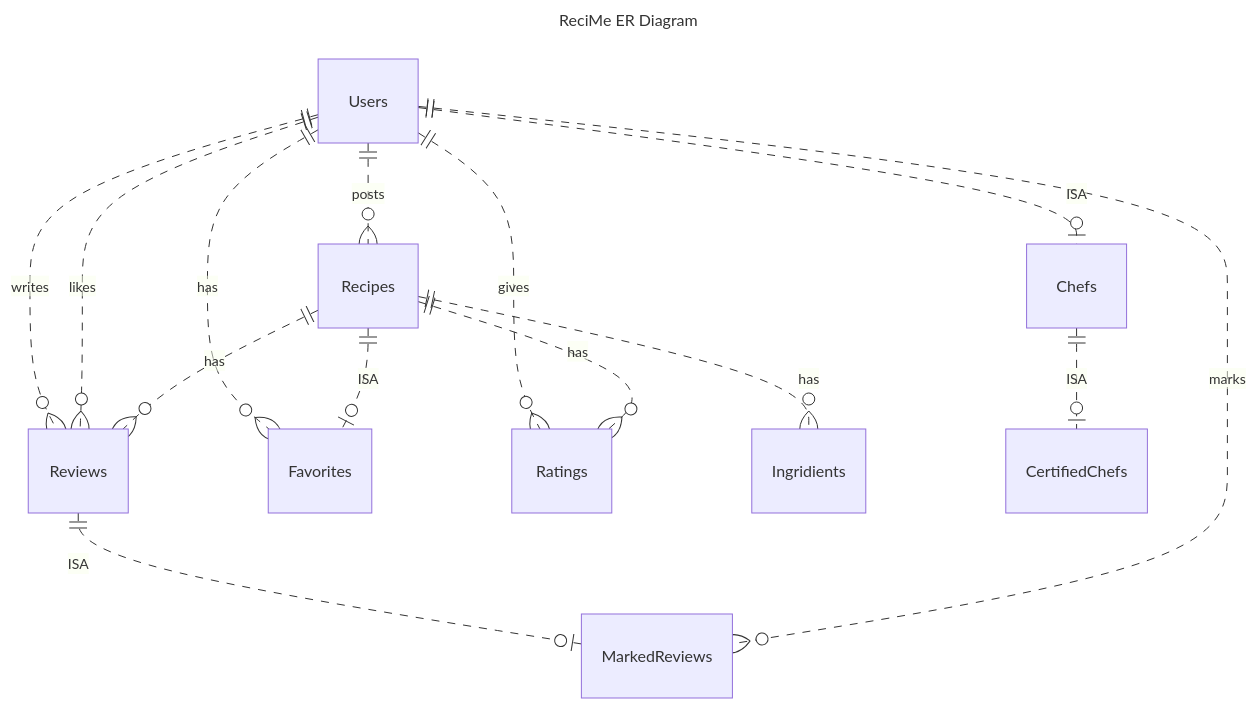
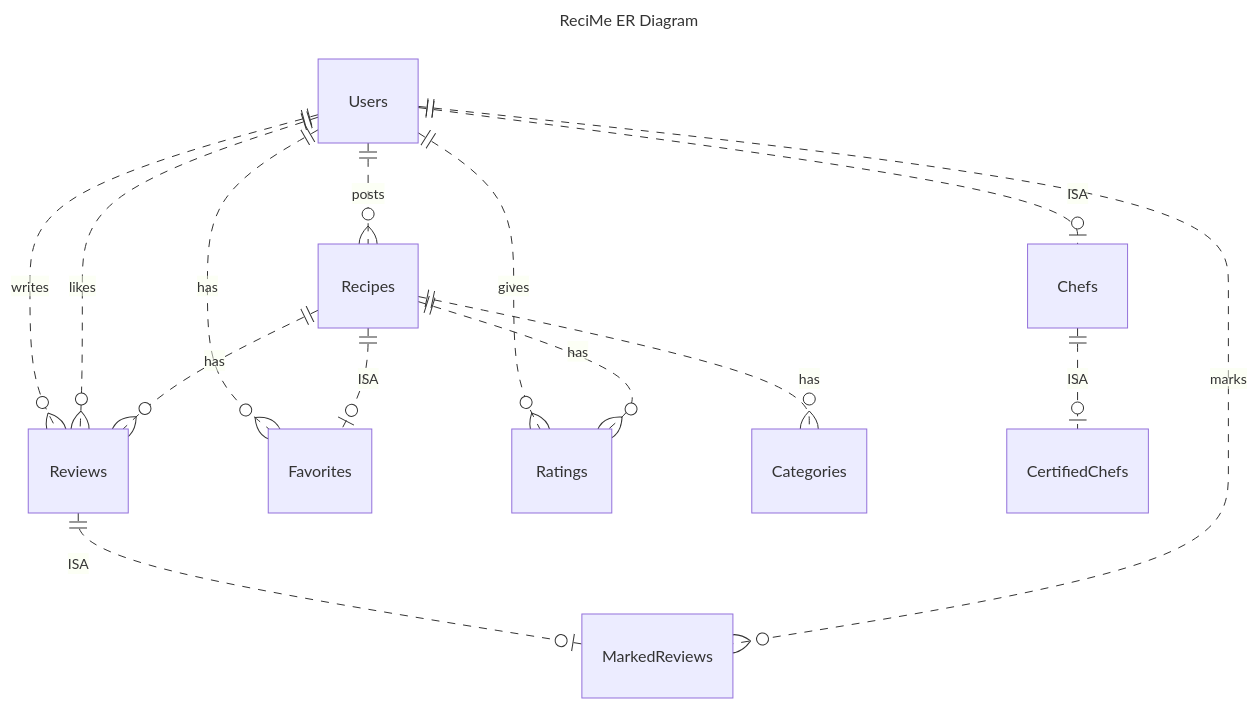
The diagram in misc/er_diagram.mermaid (RECI-ME/reciMe), drawn with Mermaid before and after one commit. The commit also changed 11 other files, not shown here.

```diff
--- a/misc/er_diagram.mermaid
+++ b/misc/er_diagram.mermaid
@@ -1,17 +1,17 @@
 ---
 title: ReciMe ER Diagram
 ---
 erDiagram
     Users ||..o| Chefs :ISA
     Users ||..o{ Recipes :posts
     Users ||..o{ Reviews :writes
     Users ||..o{ Reviews :likes
     Users ||..o{ Favorites :has
     Users ||..o{ Ratings : gives
     Recipes ||..o| Favorites :ISA
     Recipes ||..o{ Reviews :has
     Recipes ||..o{ Ratings :has
-    Recipes||..o{ Ingridients :has
+    Recipes||..o{ Categories :has
     Reviews ||..o| MarkedReviews :ISA
     Users ||..o{ MarkedReviews :marks
     Chefs ||..o| CertifiedChefs :ISA   
```
